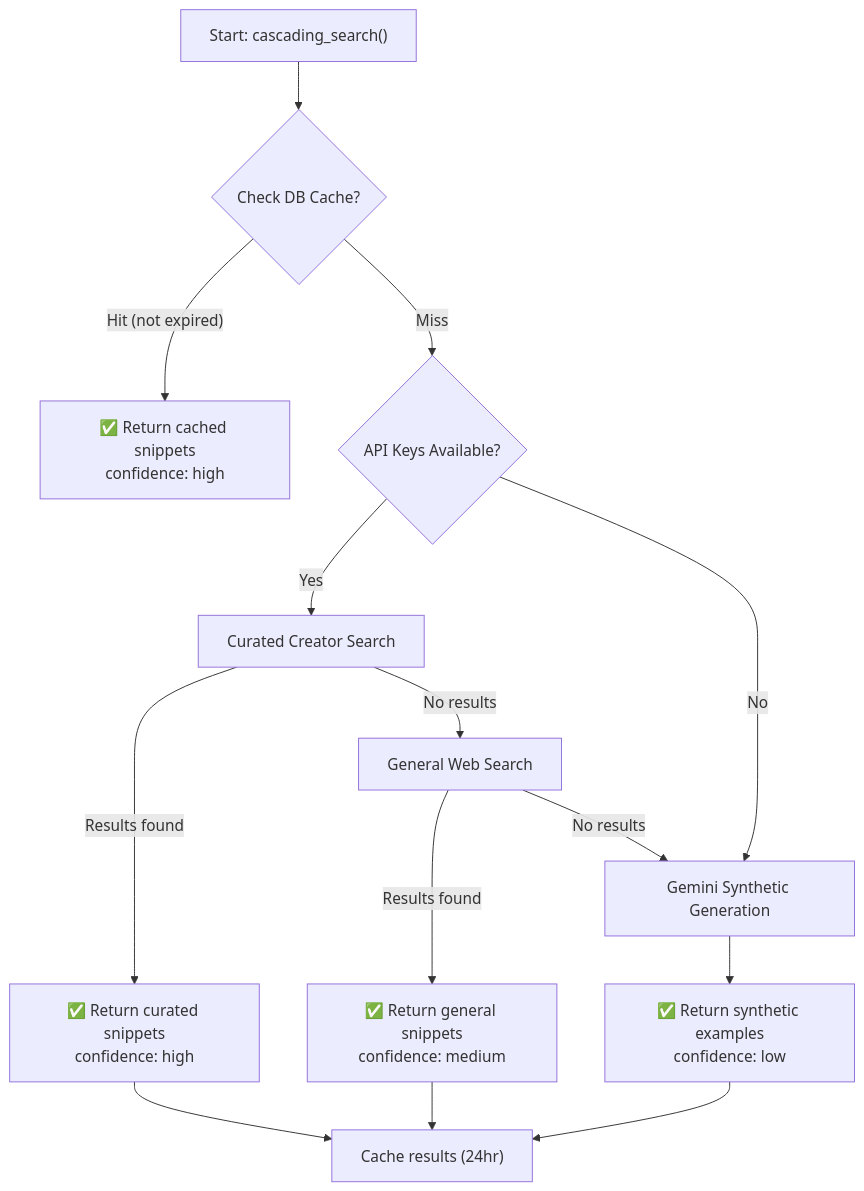
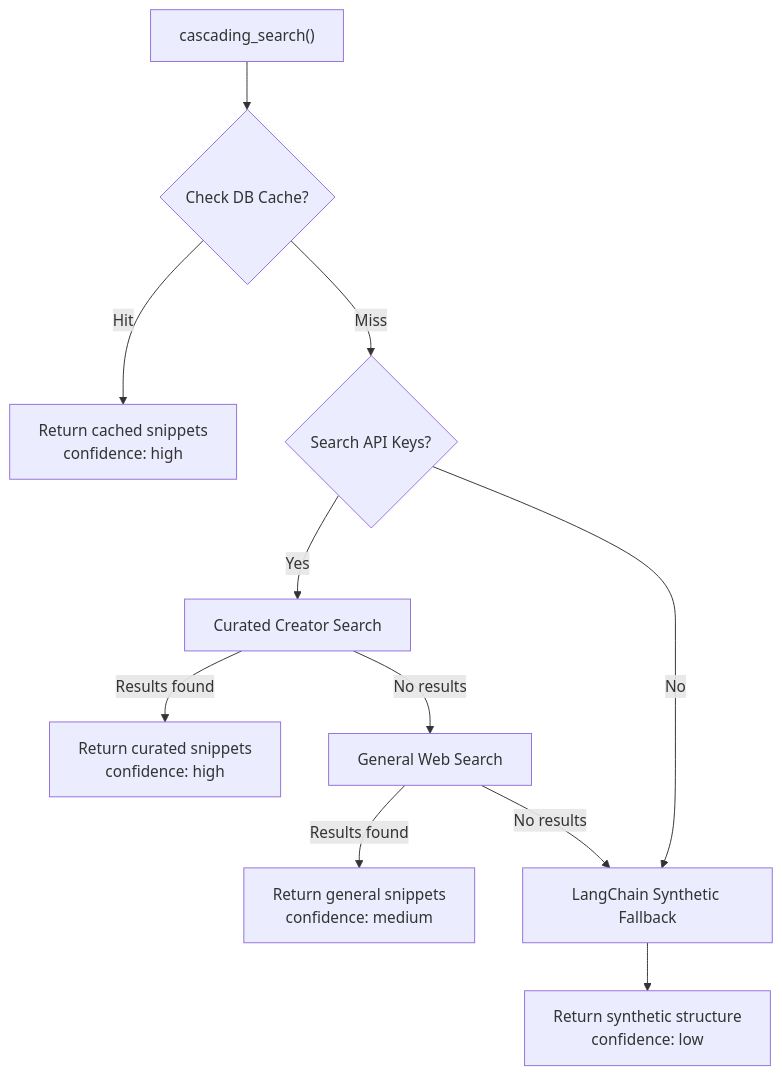
Before and after one commit to xShikhar/PostCraft-AI: the fourth of 5 diagrams in PostCraft_AI_Complete_Documentation.md, drawn with Mermaid. The commit also changed other lines of this file and 48 other files, not shown here.

Commit message:
feat: complete LangGraph migration, app/core architecture, profile context, and mastery guide

````diff
--- a/PostCraft_AI_Complete_Documentation.md
+++ b/PostCraft_AI_Complete_Documentation.md
@@ -254,16 +237,13 @@
 ```mermaid
 graph TD
-    A["Start: cascading_search()"] --> B{"Check DB Cache?"}
-    B -->|"Hit (not expired)"| C["✅ Return cached snippets<br/>confidence: high"]
-    B -->|"Miss"| D{"API Keys Available?"}
+    A["cascading_search()"] --> B{"Check DB Cache?"}
+    B -->|"Hit"| C["Return cached snippets<br/>confidence: high"]
+    B -->|"Miss"| D{"Search API Keys?"}
     D -->|"Yes"| E["Curated Creator Search"]
-    D -->|"No"| H["Gemini Synthetic Generation"]
-    E -->|"Results found"| F["✅ Return curated snippets<br/>confidence: high"]
+    D -->|"No"| H["LangChain Synthetic Fallback"]
+    E -->|"Results found"| F["Return curated snippets<br/>confidence: high"]
     E -->|"No results"| G["General Web Search"]
-    G -->|"Results found"| I["✅ Return general snippets<br/>confidence: medium"]
+    G -->|"Results found"| I["Return general snippets<br/>confidence: medium"]
     G -->|"No results"| H
-    H --> J["✅ Return synthetic examples<br/>confidence: low"]
-    F --> K["Cache results (24hr)"]
-    I --> K
-    J --> K
+    H --> J["Return synthetic structure<br/>confidence: low"]
 ```
````
